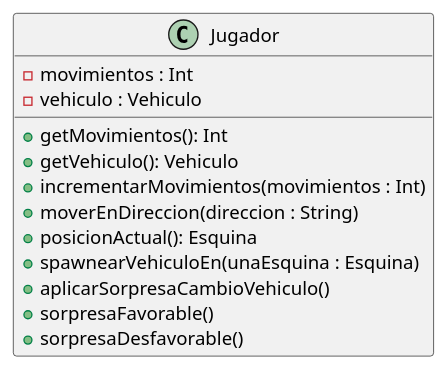
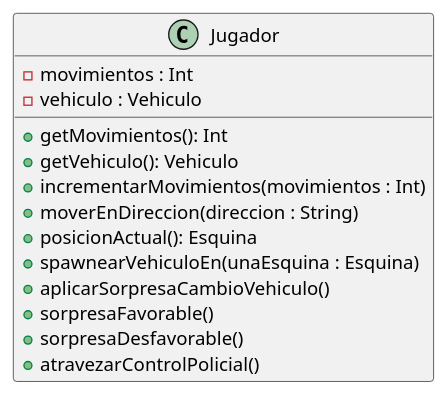
Before and after one commit to TP2Algo3FIUBA/tp2: the diagram in diagrams/classes/jugador.plantuml, drawn with PlantUML.

Commit message:
Actualizacion diagrama clase UML

```diff
--- a/diagrams/classes/jugador.plantuml
+++ b/diagrams/classes/jugador.plantuml
@@ -1,17 +1,19 @@
 @startuml
 
     class Jugador {
         - movimientos : Int
         - vehiculo : Vehiculo
         + getMovimientos(): Int
         + getVehiculo(): Vehiculo
         + incrementarMovimientos(movimientos : Int)
         + moverEnDireccion(direccion : String)
         + posicionActual(): Esquina
         + spawnearVehiculoEn(unaEsquina : Esquina)
         + aplicarSorpresaCambioVehiculo()
         + sorpresaFavorable()
         + sorpresaDesfavorable()
+        + atravezarControlPolicial()
+
     }
 
 @enduml
```
